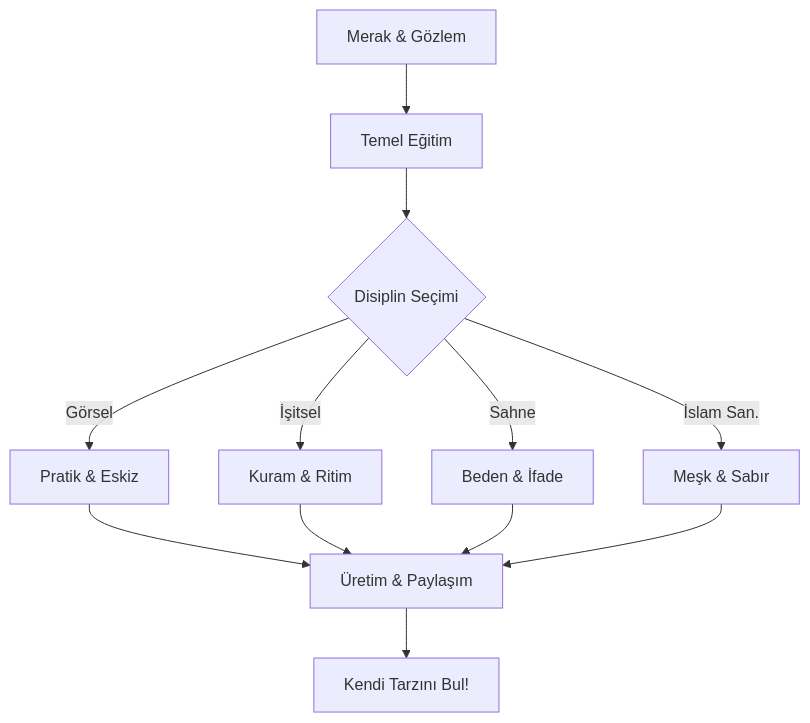
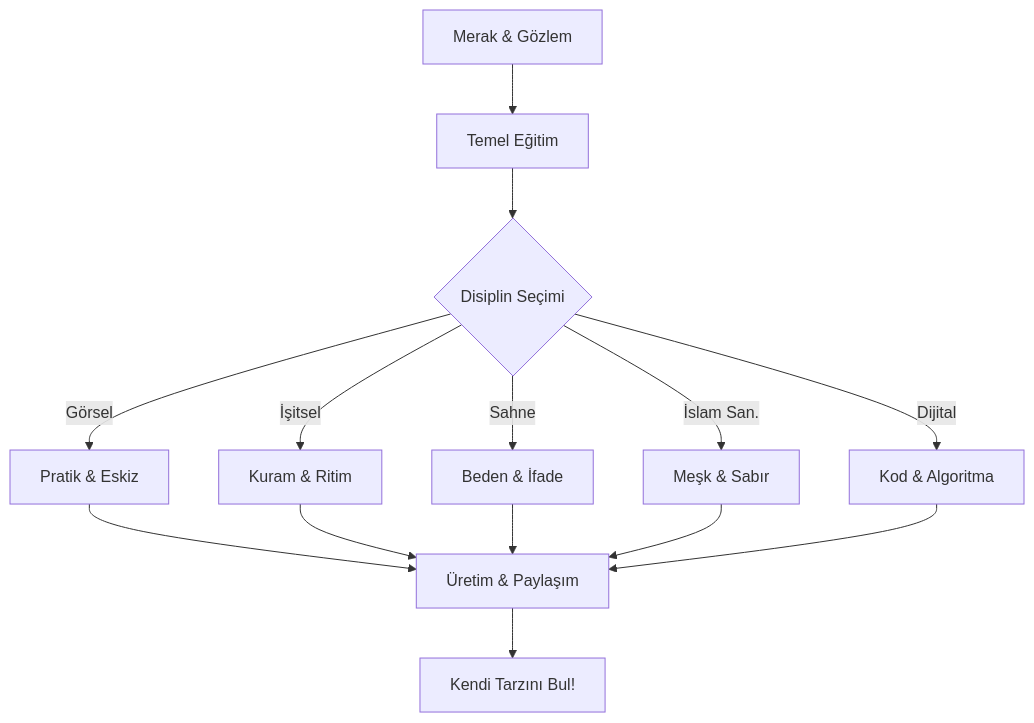
The diagram in README.md (arch-yunus/Sanatin-izinde-Acik-Kaynak-Sanat-Rehberi-ve-Kaynakcasi), drawn with Mermaid before and after one commit. The commit also changed other lines of this file and 10 other files, not shown here.

````diff
--- a/README.md
+++ b/README.md
@@ -68,14 +69,16 @@
 ```mermaid
 graph TD
     A[Merak & Gözlem] --> B[Temel Eğitim]
     B --> C{Disiplin Seçimi}
     C -->|Görsel| D[Pratik & Eskiz]
     C -->|İşitsel| E[Kuram & Ritim]
     C -->|Sahne| F[Beden & İfade]
     C -->|İslam San.| I[Meşk & Sabır]
+    C -->|Dijital| J[Kod & Algoritma]
     D --> G[Üretim & Paylaşım]
     E --> G
     F --> G
     I --> G
+    J --> G
     G --> H[Kendi Tarzını Bul!]
 ```
````
